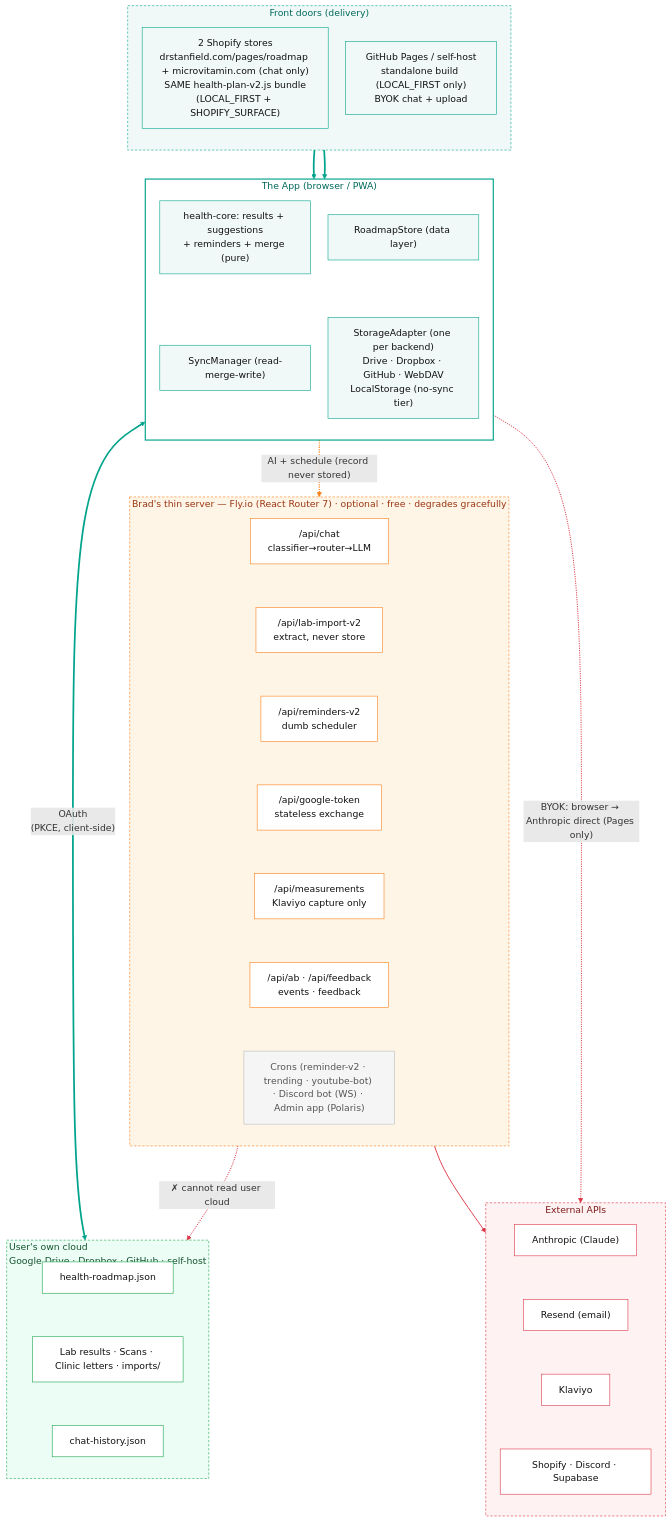
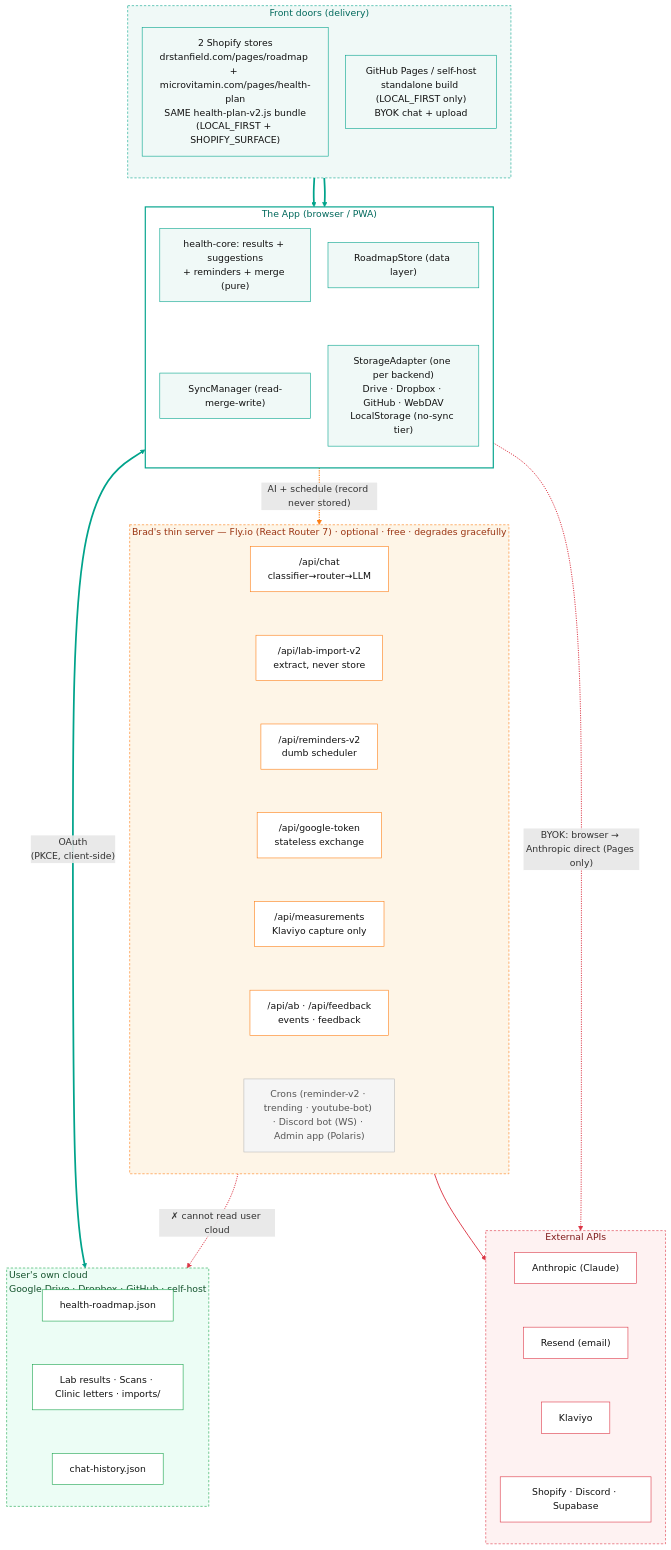
The first of 2 diagrams in docs/architecture-v2.md (DrBradStanfield/roadmap), drawn with Mermaid before and after one commit. The commit also changed other lines of this file and 22 other files, not shown here.

````diff
--- a/docs/architecture-v2.md
+++ b/docs/architecture-v2.md
@@ -58,79 +58,79 @@
 ```mermaid
 %%{init: {"flowchart": {"nodeSpacing": 30}}}%%
 flowchart TB
   %% Two front doors
   subgraph FD["Front doors (delivery)"]
     direction TB
-    FD1["2 Shopify stores<br/>drstanfield.com/pages/roadmap + microvitamin.com (chat only)<br/>SAME health-plan-v2.js bundle<br/>(LOCAL_FIRST + SHOPIFY_SURFACE)"]
+    FD1["2 Shopify stores<br/>drstanfield.com/pages/roadmap + microvitamin.com/pages/health-plan<br/>SAME health-plan-v2.js bundle<br/>(LOCAL_FIRST + SHOPIFY_SURFACE)"]
     FD2["GitHub Pages / self-host<br/>standalone build (LOCAL_FIRST only)<br/>BYOK chat + upload"]
   end
   %% The App
   subgraph APP["The App (browser / PWA)"]
     direction TB
     A1["health-core: results + suggestions<br/>+ reminders + merge (pure)"]
     A2["RoadmapStore (data layer)"]
     A3["SyncManager (read-merge-write)"]
     A4["StorageAdapter (one per backend)<br/>Drive · Dropbox · GitHub · WebDAV<br/>LocalStorage (no-sync tier)"]
   end
   %% User's own cloud
   subgraph CL["User's own cloud<br/>Google Drive · Dropbox · GitHub · self-host"]
     direction TB
     C1["health-roadmap.json"]
     C2["Lab results · Scans · Clinic letters · imports/"]
     C3["chat-history.json"]
   end
   %% Brad's thin server
   subgraph SRV["Brad's thin server — Fly.io (React Router 7) · optional · free · degrades gracefully"]
     direction TB
     S1["/api/chat<br/>classifier→router→LLM"]
     S2["/api/lab-import-v2<br/>extract, never store"]
     S3["/api/reminders-v2<br/>dumb scheduler"]
     S4["/api/google-token<br/>stateless exchange"]
     S5["/api/measurements<br/>Klaviyo capture only"]
     S6["/api/ab · /api/feedback<br/>events · feedback"]
     S7["Crons (reminder-v2 · trending · youtube-bot) · Discord bot (WS) · Admin app (Polaris)"]
   end
   %% External
   subgraph EXT["External APIs"]
     direction TB
     E1["Anthropic (Claude)"]
     E2["Resend (email)"]
     E3["Klaviyo"]
     E4["Shopify · Discord · Supabase"]
   end
 
   FD1 ==> APP
   FD2 ==> APP
   APP <==>|"OAuth<br/>(PKCE, client-side)"| CL
   APP -.->|"AI + schedule (record never stored)"| SRV
   %% cannot read cloud
   SRV -.->|"✗ cannot read user cloud"| CL
   SRV --> EXT
   %% BYOK direct
   APP -.->|"BYOK: browser → Anthropic direct (Pages only)"| E1
   %% layout only: invisible links (~~~) draw nothing; they make a 2×2 grid in the app and vertical stacks in the server, cloud and external APIs so the diagram fits the page
   A1 ~~~ A3
   A2 ~~~ A4
   S1 ~~~ S2 ~~~ S3 ~~~ S4 ~~~ S5 ~~~ S6 ~~~ S7
   C1 ~~~ C2 ~~~ C3
   E1 ~~~ E2 ~~~ E3 ~~~ E4
 
   linkStyle 0,1,2 stroke:#00a38b,stroke-width:3px
   linkStyle 3 stroke:#fd7e14,stroke-width:2px
   linkStyle 4,5,6 stroke:#dc3545,stroke-width:1.6px
   classDef teal fill:#f0f9f7,stroke:#00a38b,color:#111
   classDef green fill:#ffffff,stroke:#16a34a,color:#111
   classDef orange fill:#ffffff,stroke:#fd7e14,color:#111
   classDef red fill:#ffffff,stroke:#dc3545,color:#111
   classDef gray fill:#f5f5f5,stroke:#bbbbbb,color:#555
   class FD1,FD2,A1,A2,A3,A4 teal
   class C1,C2,C3 green
   class S1,S2,S3,S4,S5,S6 orange
   class S7 gray
   class E1,E2,E3,E4 red
   style FD fill:#f0f9f7,stroke:#00a38b,stroke-dasharray:4 3,color:#00695c
   style APP fill:#ffffff,stroke:#00a38b,stroke-width:2px,color:#00695c
   style CL fill:#ecfdf5,stroke:#16a34a,stroke-dasharray:4 3,color:#14532d
   style SRV fill:#fef5e7,stroke:#fd7e14,stroke-dasharray:4 3,color:#9a3412
   style EXT fill:#fef2f2,stroke:#dc3545,stroke-dasharray:4 3,color:#7f1d1d
 ```
````
